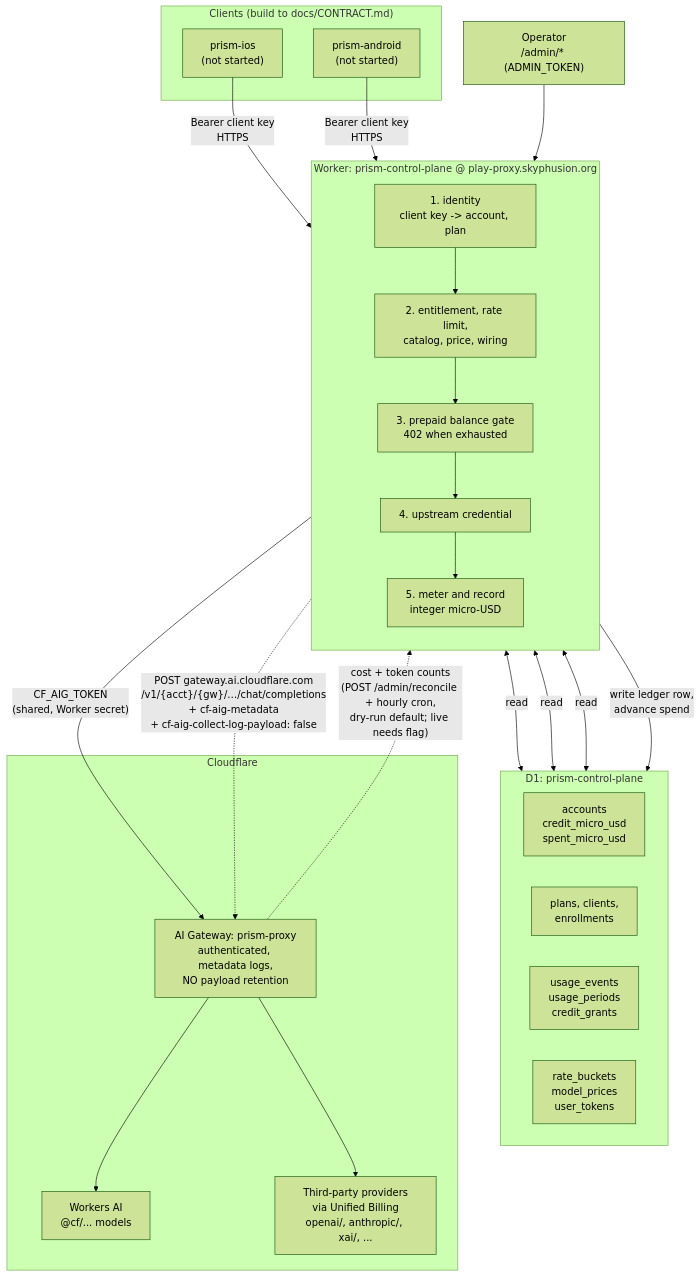
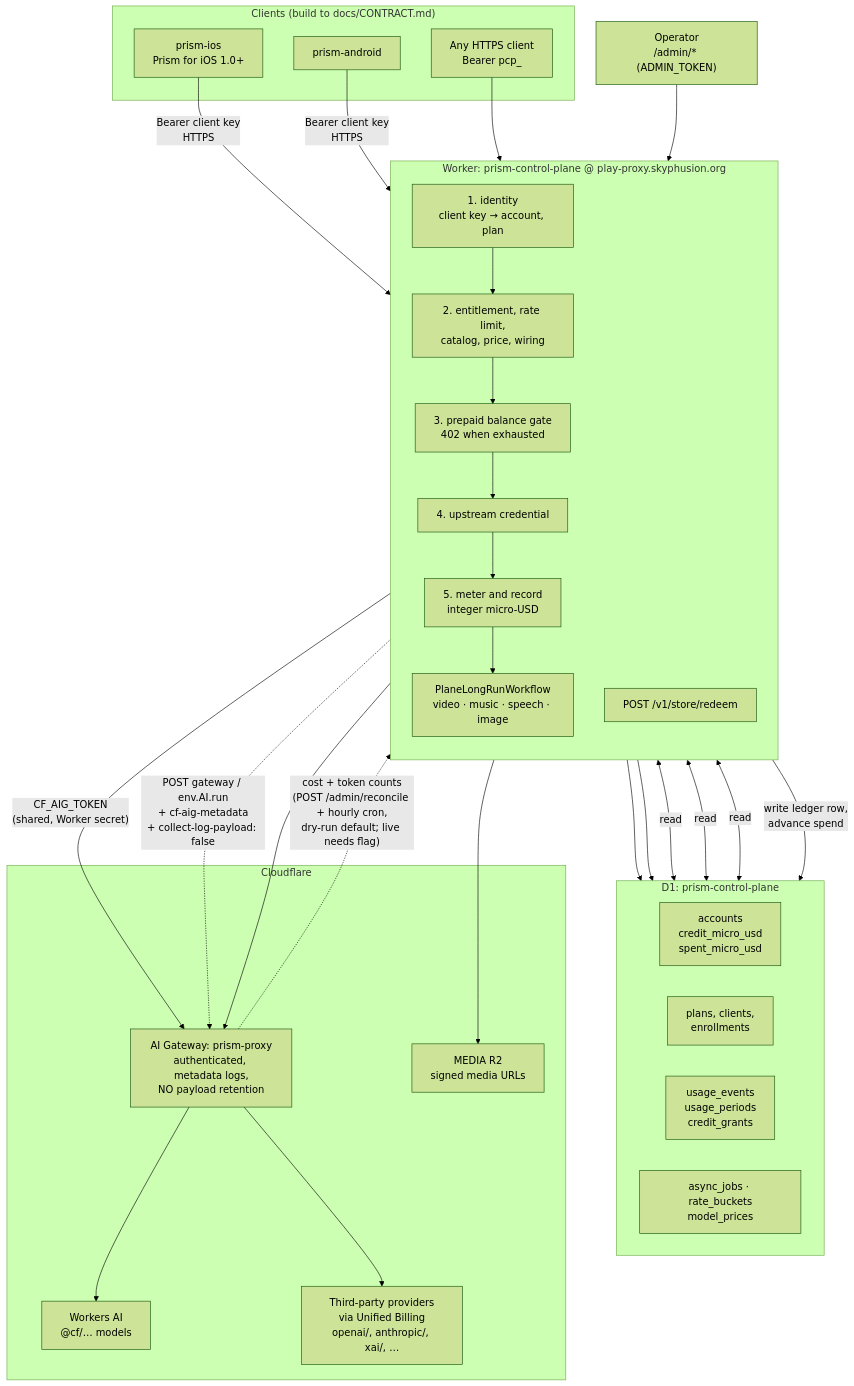
One commit to skyphusion-labs/prism-control-plane changed the diagram in docs/ARCHITECTURE.md. Above: the diagram before and after it, drawn with Mermaid (forest theme). The commit also changed 1 other file, not shown here.

Commit message:
docs: mermaid client/plane/gateway flows + catalog counts
README interface diagrams; ARCHITECTURE clients are live iOS/Android;
catalog summary table (93 models).

Files: README.md, docs/ARCHITECTURE.md

````diff
--- a/docs/ARCHITECTURE.md
+++ b/docs/ARCHITECTURE.md
@@ -42,50 +42,60 @@
 ```mermaid
 flowchart TB
     subgraph clients["Clients (build to docs/CONTRACT.md)"]
-        ios["prism-ios<br/>(not started)"]
-        android["prism-android<br/>(not started)"]
+        ios["prism-ios<br/>Prism for iOS 1.0+"]
+        android["prism-android"]
+        any["Any HTTPS client<br/>Bearer pcp_"]
     end
 
     subgraph worker["Worker: prism-control-plane @ play-proxy.skyphusion.org"]
         direction TB
-        auth["1. identity<br/>client key -> account, plan"]
+        auth["1. identity<br/>client key → account, plan"]
         gates["2. entitlement, rate limit,<br/>catalog, price, wiring"]
         balance["3. prepaid balance gate<br/>402 when exhausted"]
         cred["4. upstream credential"]
         meter["5. meter and record<br/>integer micro-USD"]
+        longrun["PlaneLongRunWorkflow<br/>video · music · speech · image"]
+        redeem["POST /v1/store/redeem"]
     end
 
     subgraph d1["D1: prism-control-plane"]
         direction LR
         t1["accounts<br/>credit_micro_usd<br/>spent_micro_usd"]
         t2["plans, clients,<br/>enrollments"]
         t3["usage_events<br/>usage_periods<br/>credit_grants"]
-        t4["rate_buckets<br/>model_prices<br/>user_tokens"]
+        t4["async_jobs · rate_buckets<br/>model_prices"]
     end
 
     admin["Operator<br/>/admin/* (ADMIN_TOKEN)"]
 
     subgraph cf["Cloudflare"]
         gw["AI Gateway: prism-proxy<br/>authenticated, metadata logs,<br/>NO payload retention"]
-        wai["Workers AI<br/>@cf/... models"]
-        prov["Third-party providers<br/>via Unified Billing<br/>openai/, anthropic/, xai/, ..."]
+        wai["Workers AI<br/>@cf/… models"]
+        prov["Third-party providers<br/>via Unified Billing<br/>openai/, anthropic/, xai/, …"]
+        r2["MEDIA R2<br/>signed media URLs"]
     end
 
     ios -->|"Bearer client key<br/>HTTPS"| auth
     android -->|"Bearer client key<br/>HTTPS"| auth
+    any --> auth
     admin --> worker
 
     auth --> gates --> balance --> cred --> meter
+    meter --> longrun
+    longrun --> r2
+    longrun --> t4
+    redeem --> t1
 
     auth <-->|"read"| d1
     gates <-->|"read"| d1
     balance <-->|"read"| d1
     meter -->|"write ledger row,<br/>advance spend"| d1
 
     cred -->|"CF_AIG_TOKEN<br/>(shared, Worker secret)"| gw
-    meter -.->|"POST gateway.ai.cloudflare.com<br/>/v1/{acct}/{gw}/…/chat/completions<br/>+ cf-aig-metadata<br/>+ cf-aig-collect-log-payload: false"| gw
+    meter -.->|"POST gateway / env.AI.run<br/>+ cf-aig-metadata<br/>+ collect-log-payload: false"| gw
+    longrun --> gw
     gw --> wai
     gw --> prov
 
     gw -.->|"cost + token counts<br/>(POST /admin/reconcile + hourly cron,<br/>dry-run default; live needs flag)"| meter
 ```
````
